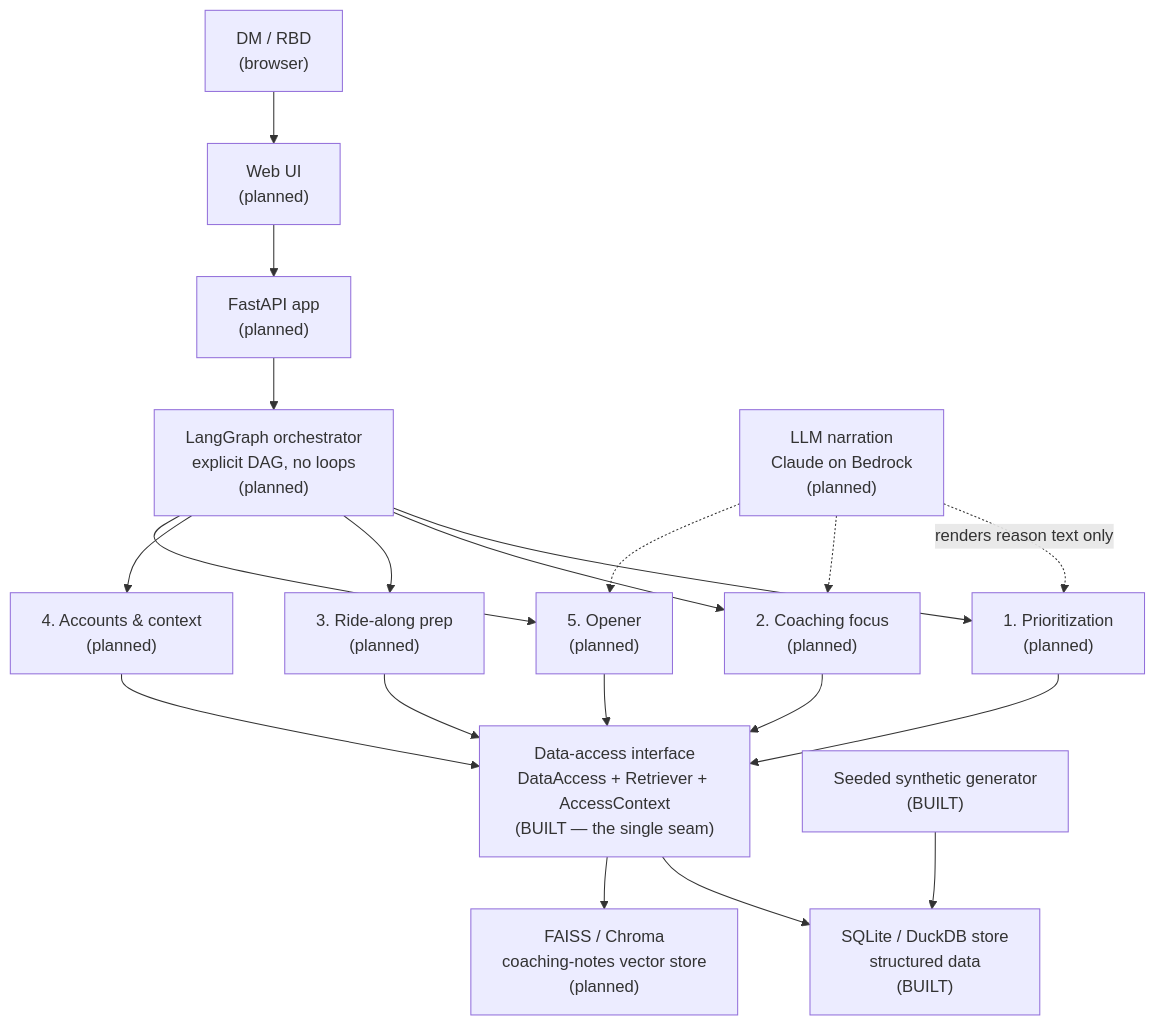
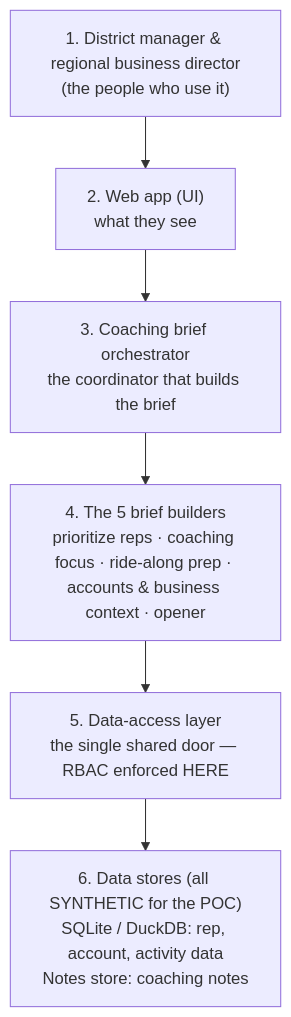
The first of 2 diagrams in README.md (sunilpradhansharma/field-intelligence-coach-agent), drawn with Mermaid before and after one commit. The commit also changed other lines of this file, not shown here.

Commit message:
Add README with architecture, flow diagrams, and Claude Code engineering setup

````diff
--- a/README.md
+++ b/README.md
@@ -109,27 +110,11 @@
 ```mermaid
 flowchart TD
-    User["DM / RBD<br/>(browser)"] --> UI["Web UI<br/>(planned)"]
-    UI --> API["FastAPI app<br/>(planned)"]
-    API --> Orch["LangGraph orchestrator<br/>explicit DAG, no loops<br/>(planned)"]
+    People["1. District manager &amp; regional business director<br/>(the people who use it)"]
+    UI["2. Web app (UI)<br/>what they see"]
+    Orch["3. Coaching brief orchestrator<br/>the coordinator that builds the brief"]
+    Builders["4. The 5 brief builders<br/>prioritize reps · coaching focus · ride-along prep · accounts &amp; business context · opener"]
+    DAL["5. Data-access layer<br/>the single shared door — RBAC enforced HERE"]
+    Stores["6. Data stores (all SYNTHETIC for the POC)<br/>SQLite / DuckDB: rep, account, activity data<br/>Notes store: coaching notes"]
 
-    Orch --> C1["1. Prioritization<br/>(planned)"]
-    Orch --> C2["2. Coaching focus<br/>(planned)"]
-    Orch --> C3["3. Ride-along prep<br/>(planned)"]
-    Orch --> C4["4. Accounts & context<br/>(planned)"]
-    Orch --> C5["5. Opener<br/>(planned)"]
-
-    C1 --> DAL
-    C2 --> DAL
-    C3 --> DAL
-    C4 --> DAL
-    C5 --> DAL
-
-    LLM["LLM narration<br/>Claude on Bedrock<br/>(planned)"] -.renders reason text only.-> C1
-    LLM -.-> C2
-    LLM -.-> C5
-
-    DAL["Data-access interface<br/>DataAccess + Retriever + AccessContext<br/>(BUILT — the single seam)"]
-    DAL --> Store["SQLite / DuckDB store<br/>structured data<br/>(BUILT)"]
-    DAL --> Vec["FAISS / Chroma<br/>coaching-notes vector store<br/>(planned)"]
-    Gen["Seeded synthetic generator<br/>(BUILT)"] --> Store
+    People --> UI --> Orch --> Builders --> DAL --> Stores
 ```
````
